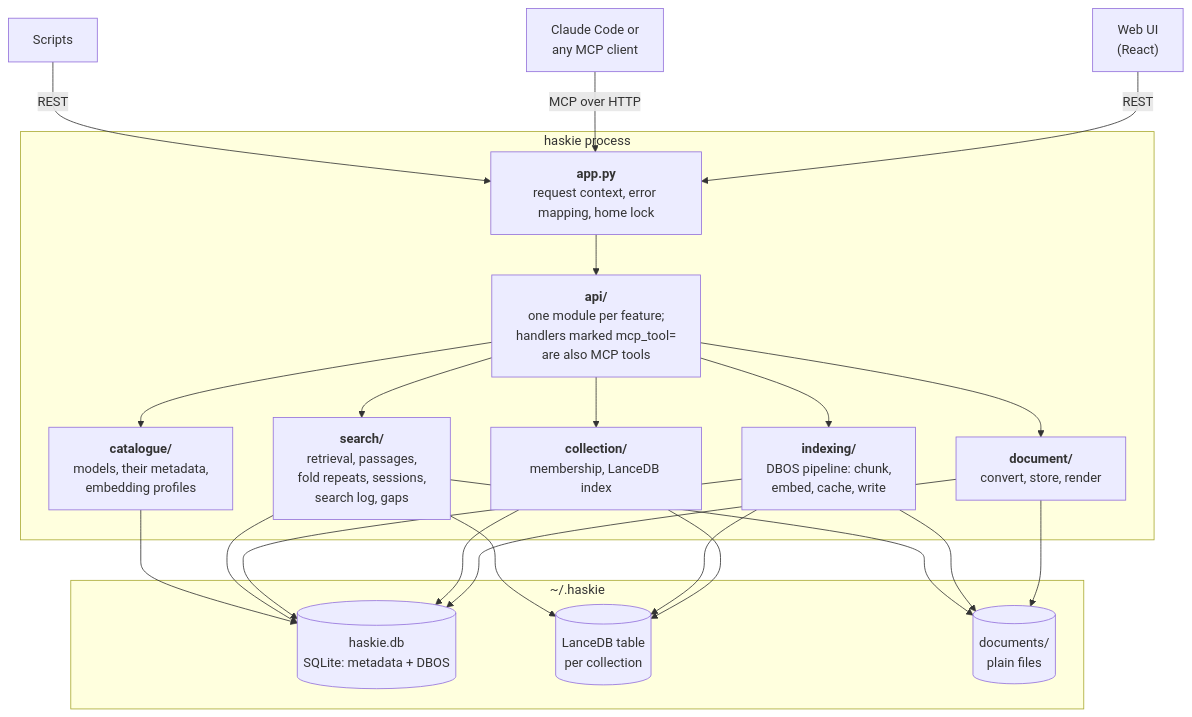
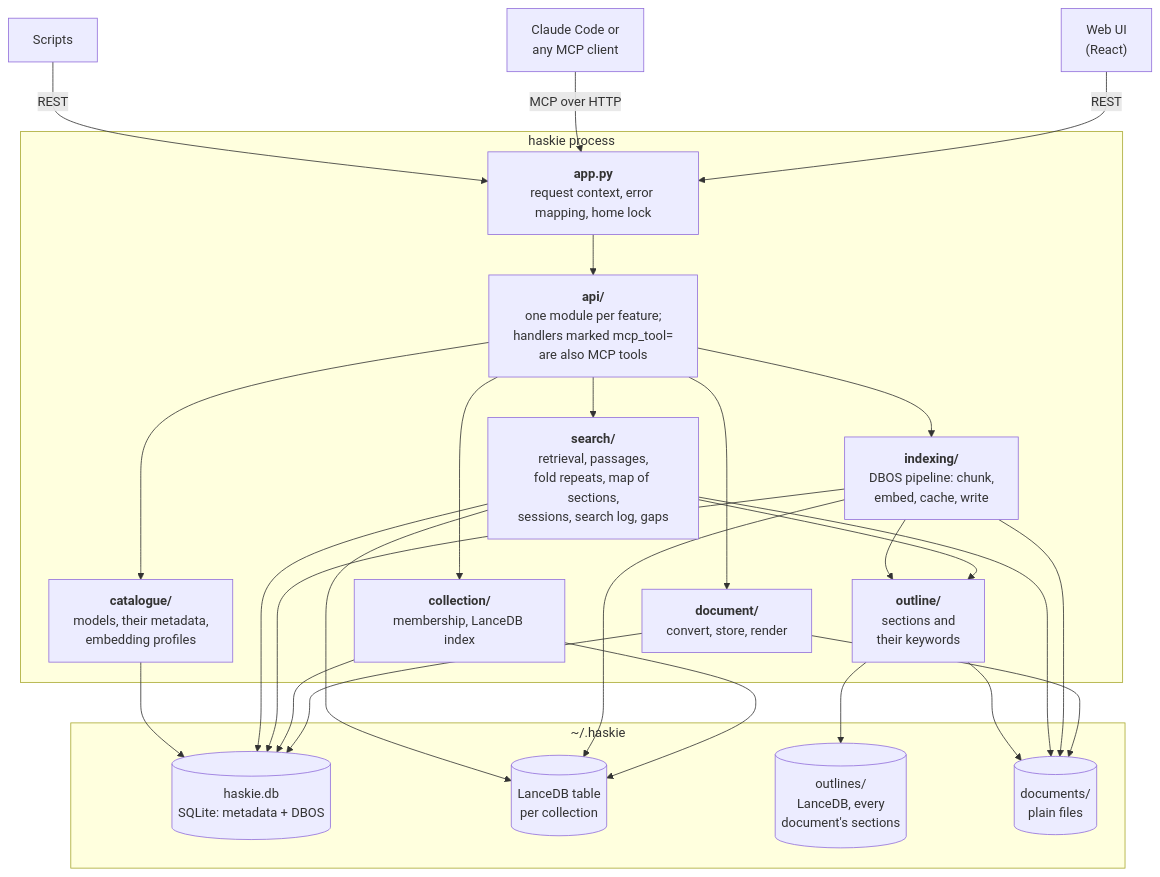
One commit to haskian/haskie changed the first of 2 diagrams in docs/architecture.md. Above: the diagram before and after it, drawn with Mermaid. The commit also changed 52 other files, not shown here.

First line of the commit message:
feat!: outline map of sections with keyword strategy and node vectors

````diff
--- a/docs/architecture.md
+++ b/docs/architecture.md
@@ -6,35 +6,40 @@
 ```mermaid
 flowchart TB
     ui["Web UI<br/>(React)"] -- REST --> app
     agent["Claude Code or<br/>any MCP client"] -- "MCP over HTTP" --> app
     scripts["Scripts"] -- REST --> app
 
     subgraph process["haskie process"]
         app["<b>app.py</b><br/>request context, error mapping, home lock"]
         api["<b>api/</b><br/>one module per feature;<br/>handlers marked mcp_tool=<br/>are also MCP tools"]
         app --> api
         api --> document["<b>document/</b><br/>convert, store, render"]
         api --> collection["<b>collection/</b><br/>membership, LanceDB index"]
-        api --> search["<b>search/</b><br/>retrieval, passages,<br/>fold repeats, sessions,<br/>search log, gaps"]
+        api --> search["<b>search/</b><br/>retrieval, passages,<br/>fold repeats, map of sections,<br/>sessions, search log, gaps"]
+        search --> outline["<b>outline/</b><br/>sections and<br/>their keywords"]
         api --> indexing["<b>indexing/</b><br/>DBOS pipeline: chunk,<br/>embed, cache, write"]
+        indexing --> outline
         api --> catalogue["<b>catalogue/</b><br/>models, their metadata,<br/>embedding profiles"]
     end
 
     subgraph home["~/.haskie"]
         sqlite[("haskie.db<br/>SQLite: metadata + DBOS")]
         lance[("LanceDB table<br/>per collection")]
+        outlines[("outlines/<br/>LanceDB, every<br/>document's sections")]
         files[("documents/<br/>plain files")]
     end
 
     document --> files
     document --> sqlite
     collection --> lance
     collection --> sqlite
     indexing --> sqlite
     indexing --> lance
     indexing --> files
     search --> lance
     search --> sqlite
     search --> files
     catalogue --> sqlite
+    outline --> outlines
+    outline --> files
 ```
````
